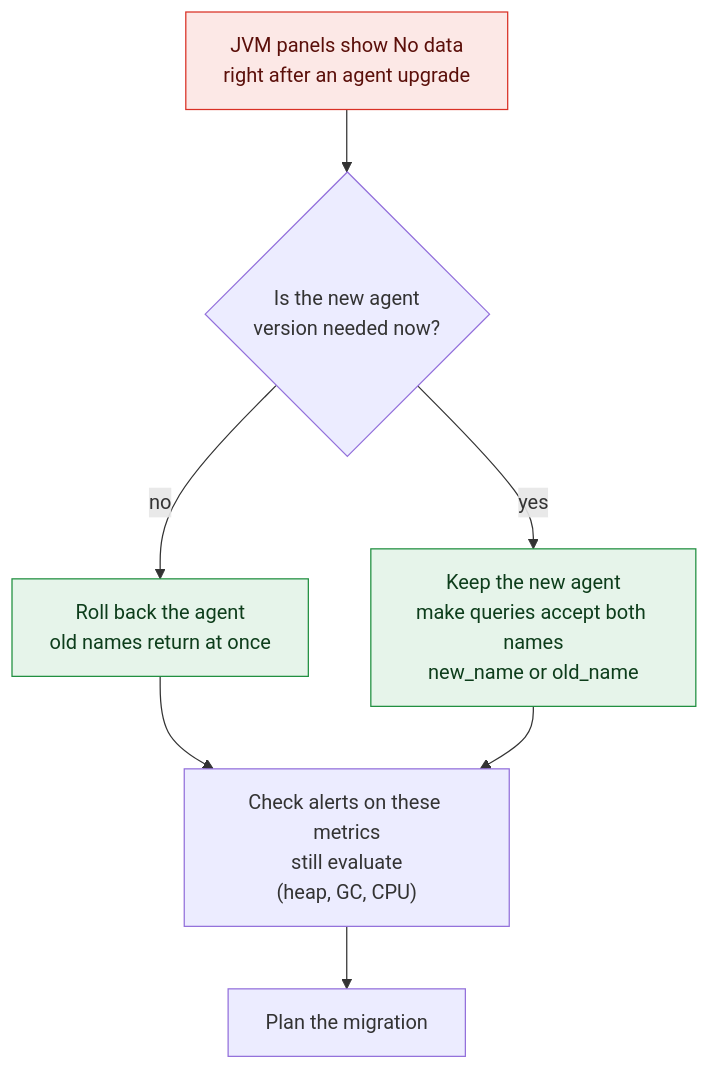
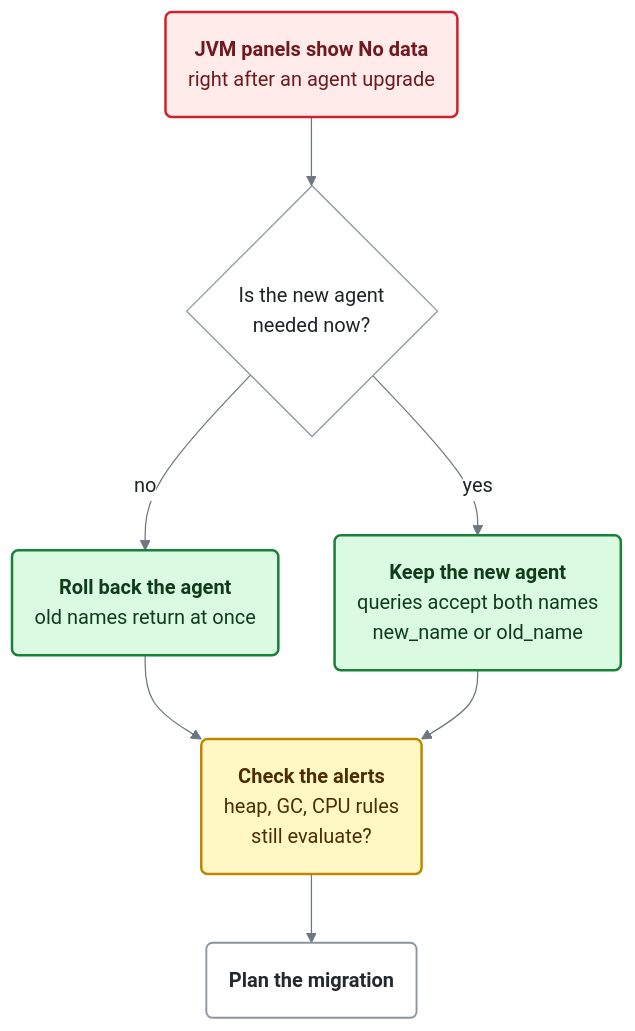
Before and after one commit to imenbkr/demo-otel-jvm-schema-drift: the diagram in docs/diagrams/sre-incident.mmd, drawn with Mermaid. The commit also changed 21 other files, not shown here.

Commit message:
Add deploy markers, restyle diagrams, refresh dashboard screenshots

```diff
--- a/docs/diagrams/sre-incident.mmd
+++ b/docs/diagrams/sre-incident.mmd
@@ -1,14 +1,21 @@
+%%{init: {"theme": "base", "themeVariables": {"fontFamily": "Arial, Helvetica, sans-serif", "fontSize": "16px", "primaryColor": "#ffffff", "primaryBorderColor": "#8c959f", "primaryTextColor": "#1f2328", "lineColor": "#6e7781", "clusterBkg": "#f6f8fa", "clusterBorder": "#d0d7de", "edgeLabelBackground": "#ffffff", "titleColor": "#57606a"}, "flowchart": {"curve": "basis", "nodeSpacing": 45, "rankSpacing": 55, "padding": 18}}}%%
 flowchart TB
-  start["JVM panels show No data<br/>right after an agent upgrade"]:::bad
-  q{"Is the new agent<br/>version needed now?"}
-  rb["Roll back the agent<br/>old names return at once"]:::ok
-  dual["Keep the new agent<br/>make queries accept both names<br/>new_name or old_name"]:::ok
-  alerts["Check alerts on these metrics<br/>still evaluate<br/>(heap, GC, CPU)"]
-  plan["Plan the migration"]
+  start("<b>JVM panels show No data</b><br/>right after an agent upgrade"):::bad
+  q{"Is the new agent<br/>needed now?"}
+  rb("<b>Roll back the agent</b><br/>old names return at once"):::ok
+  dual("<b>Keep the new agent</b><br/>queries accept both names<br/>new_name or old_name"):::ok
+  alerts("<b>Check the alerts</b><br/>heap, GC, CPU rules<br/>still evaluate?"):::warn
+  plan("<b>Plan the migration</b>"):::infra
   start --> q
   q -->|no| rb --> alerts
   q -->|yes| dual --> alerts
   alerts --> plan
 
-  classDef ok fill:#e6f4ea,stroke:#1e8e3e,color:#0d3d1b
-  classDef bad fill:#fce8e6,stroke:#d93025,color:#5b0f0a
+  classDef jvm fill:#eaf2ff,stroke:#2f6feb,stroke-width:2px,color:#0a3069
+  classDef prom fill:#fff0eb,stroke:#e6522c,stroke-width:2px,color:#5c1a06
+  classDef graf fill:#fff4e5,stroke:#f46800,stroke-width:2px,color:#5c2a00
+  classDef infra fill:#ffffff,stroke:#8c959f,stroke-width:1.5px,color:#24292f
+  classDef gate fill:#f3eeff,stroke:#8250df,stroke-width:2px,color:#3e1f79
+  classDef ok fill:#dafbe1,stroke:#1a7f37,stroke-width:2px,color:#0f3d1c
+  classDef bad fill:#ffebe9,stroke:#cf222e,stroke-width:2px,color:#6e1a1f
+  classDef warn fill:#fff8c5,stroke:#bf8700,stroke-width:2px,color:#4d2d00
```
